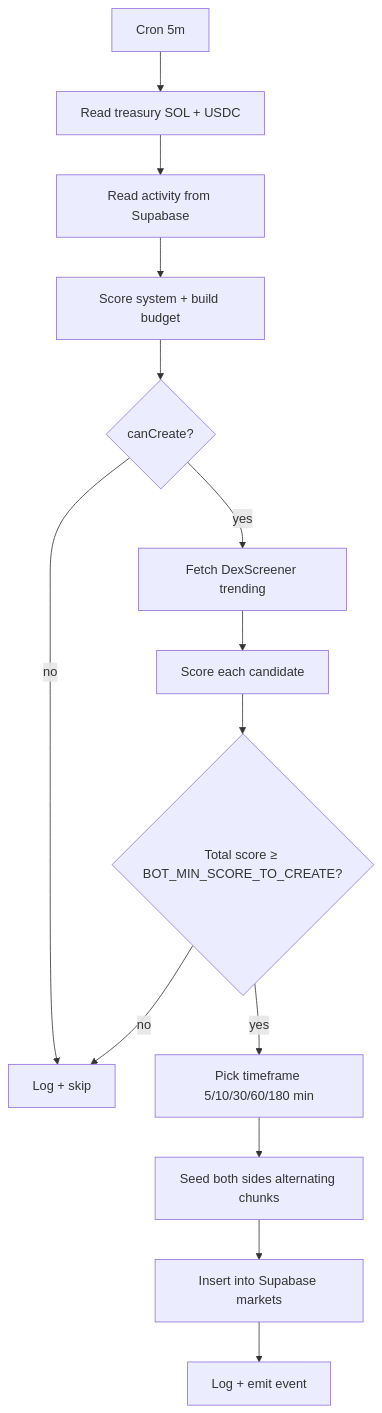
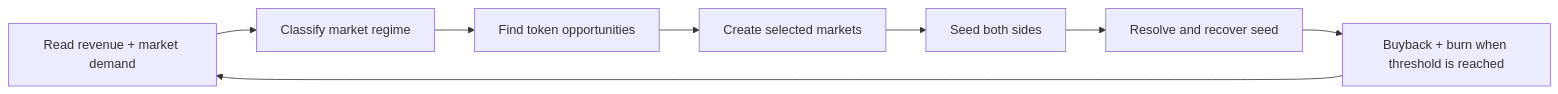
One commit to SolMarketHub/docs changed the first of 2 diagrams in protocol/bot-architecture.mdx. Above: the diagram before and after it, drawn with Mermaid. The commit also changed other lines of this file and 18 other files, not shown here.

````diff
--- a/protocol/bot-architecture.mdx
+++ b/protocol/bot-architecture.mdx
@@ -135,16 +21,10 @@
 ```mermaid
-graph TD
-    A[Cron 5m] --> B[Read treasury SOL + USDC]
-    B --> C[Read activity from Supabase]
-    C --> D[Score system + build budget]
-    D --> E{canCreate?}
-    E -->|no| Z[Log + skip]
-    E -->|yes| F[Fetch DexScreener trending]
-    F --> G[Score each candidate]
-    G --> H{Total score ≥ BOT_MIN_SCORE_TO_CREATE?}
-    H -->|no| Z
-    H -->|yes| I[Pick timeframe 5/10/30/60/180 min]
-    I --> J[Seed both sides alternating chunks]
-    J --> K[Insert into Supabase markets]
-    K --> L[Log + emit event]
+graph LR
+    A[Read revenue + market demand] --> B[Classify market regime]
+    B --> C[Find token opportunities]
+    C --> D[Create selected markets]
+    D --> E[Seed both sides]
+    E --> F[Resolve and recover seed]
+    F --> G[Buyback + burn when threshold is reached]
+    G --> A
 ```
````
